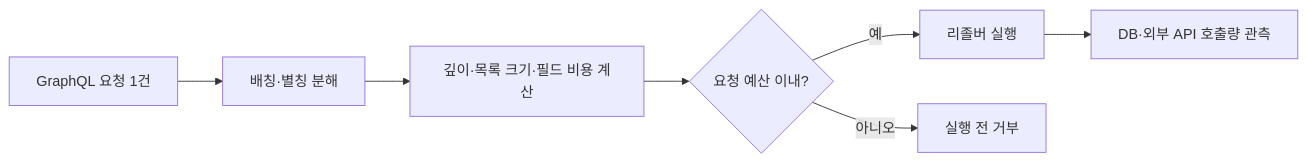
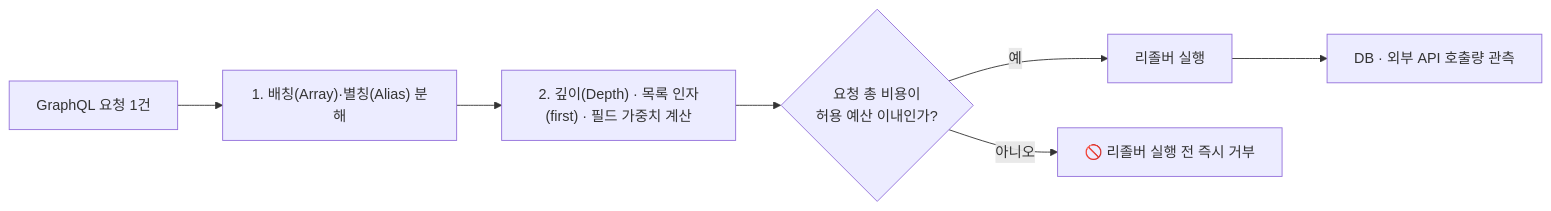
One commit to gooyong-sec/gooyong-sec.github.io changed the second of 2 diagrams in content/웹취약점/웹 취약점 진단 — API 자원 소비 진단(Unrestricted Resource Consumption, API4).md. Above: the diagram before and after it, drawn with Mermaid. The commit also changed other lines of this file and 68 other files, not shown here.

````diff
--- a/content/웹취약점/웹 취약점 진단 — API 자원 소비 진단(Unrestricted Resource Consumption, API4).md
+++ b/content/웹취약점/웹 취약점 진단 — API 자원 소비 진단(Unrestricted Resource Consumption, API4).md
@@ -60,9 +119,9 @@
 ```mermaid
 flowchart LR
-    A["GraphQL 요청 1건"] --> B["배칭·별칭 분해"]
-    B --> C["깊이·목록 크기·필드 비용 계산"]
-    C --> D{"요청 예산 이내?"}
-    D -->|예| E["리졸버 실행"]
-    D -->|아니오| F["실행 전 거부"]
-    E --> G["DB·외부 API 호출량 관측"]
+    A["GraphQL 요청 1건"] --> B["1. 배칭(Array)·별칭(Alias) 분해"]
+    B --> C["2. 깊이(Depth) · 목록 인자(first) · 필드 가중치 계산"]
+    C --> D{"요청 총 비용이<br/>허용 예산 이내인가?"}
+    D -->|"예"| E["리졸버 실행"]
+    D -->|"아니오"| F["🚫 리졸버 실행 전 즉시 거부"]
+    E --> G["DB · 외부 API 호출량 관측"]
 ```
````
